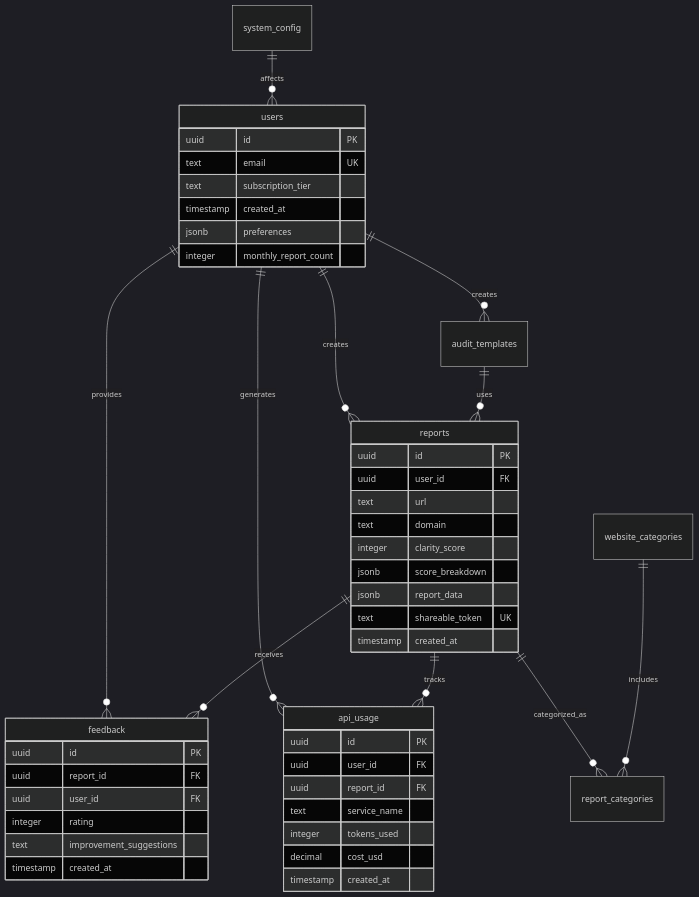
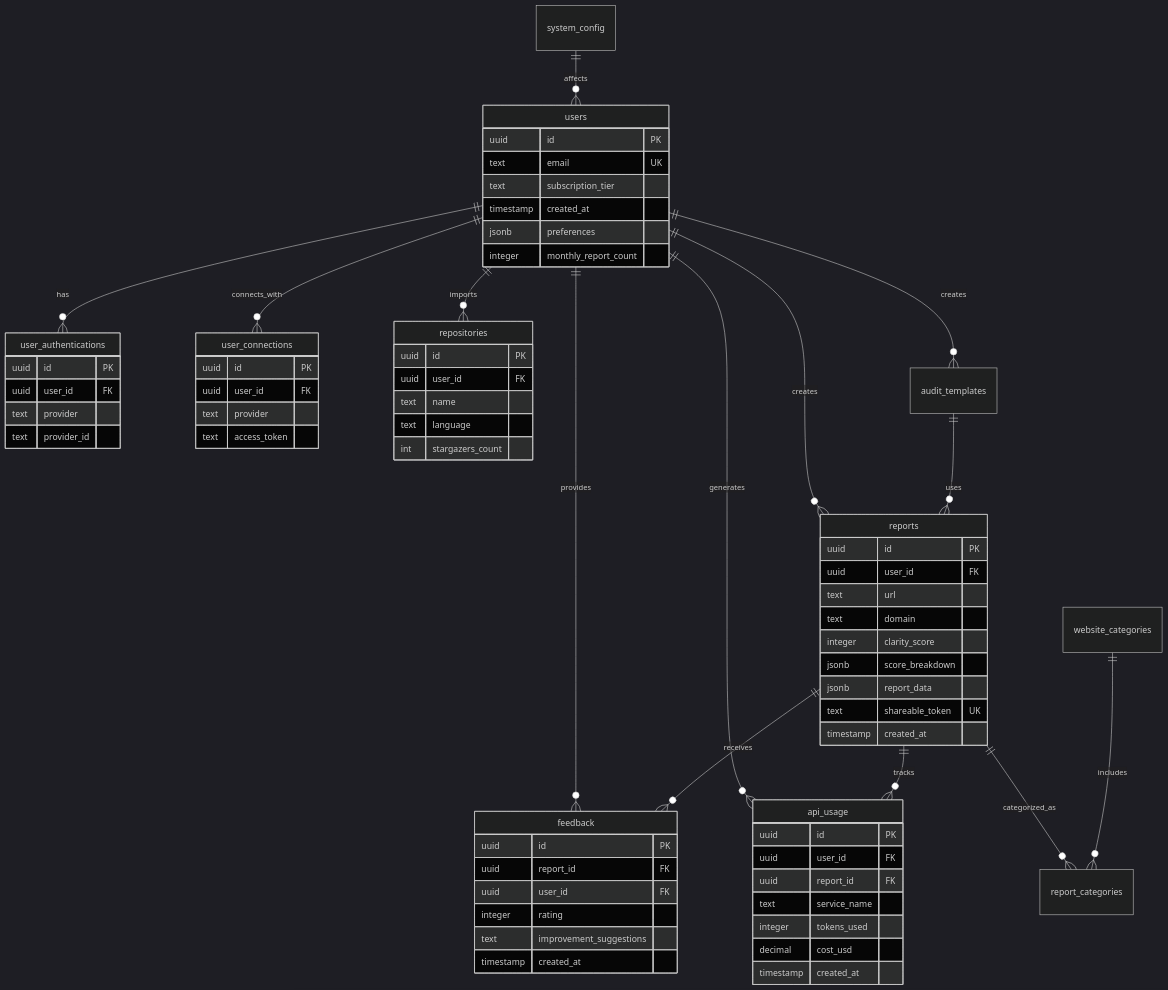
One commit to Waisnu/plusfolio changed the diagram in docs/ERD.md. Above: the diagram before and after it, drawn with Mermaid (dark theme). The commit also changed other lines of this file and 19 other files, not shown here.

````diff
--- a/docs/ERD.md
+++ b/docs/ERD.md
@@ -341,53 +384,78 @@
 ```mermaid
 erDiagram
     users ||--o{ reports : creates
     users ||--o{ feedback : provides
     users ||--o{ api_usage : generates
+    users ||--o{ user_authentications : has
+    users ||--o{ user_connections : connects_with
+    users ||--o{ repositories : imports
     reports ||--o{ feedback : receives
     reports ||--o{ api_usage : tracks
     reports ||--o{ report_categories : categorized_as
     website_categories ||--o{ report_categories : includes
     audit_templates ||--o{ reports : uses
     users ||--o{ audit_templates : creates
     system_config ||--o{ users : affects
     
     users {
         uuid id PK
         text email UK
         text subscription_tier
         timestamp created_at
         jsonb preferences
         integer monthly_report_count
+    }
+
+    user_authentications {
+        uuid id PK
+        uuid user_id FK
+        text provider
+        text provider_id
+    }
+
+    user_connections {
+        uuid id PK
+        uuid user_id FK
+        text provider
+        text access_token
+    }
+
+    repositories {
+        uuid id PK
+        uuid user_id FK
+        text name
+        text language
+        int stargazers_count
     }
     
     reports {
         uuid id PK
         uuid user_id FK
         text url
         text domain
         integer clarity_score
         jsonb score_breakdown
         jsonb report_data
         text shareable_token UK
         timestamp created_at
     }
     
     feedback {
         uuid id PK
         uuid report_id FK
         uuid user_id FK
         integer rating
         text improvement_suggestions
         timestamp created_at
     }
     
     api_usage {
         uuid id PK
         uuid user_id FK
         uuid report_id FK
         text service_name
         integer tokens_used
         decimal cost_usd
         timestamp created_at
     }
 ```
````
